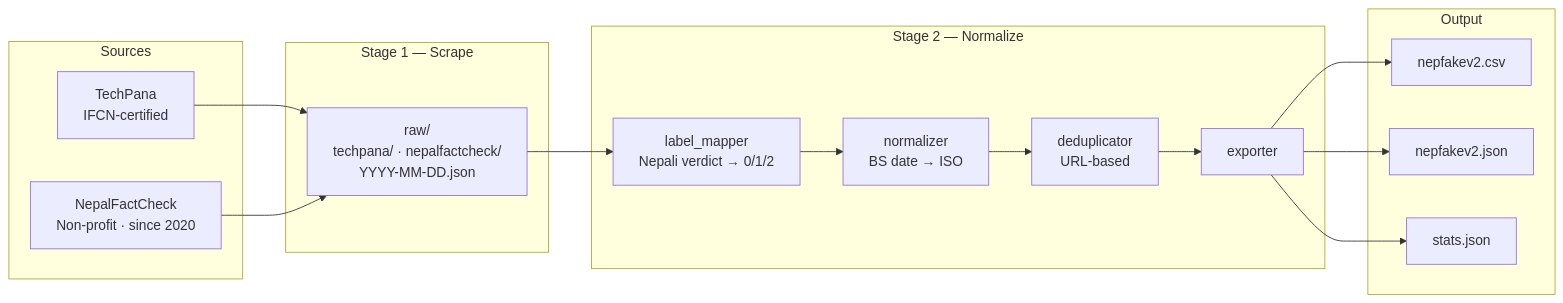
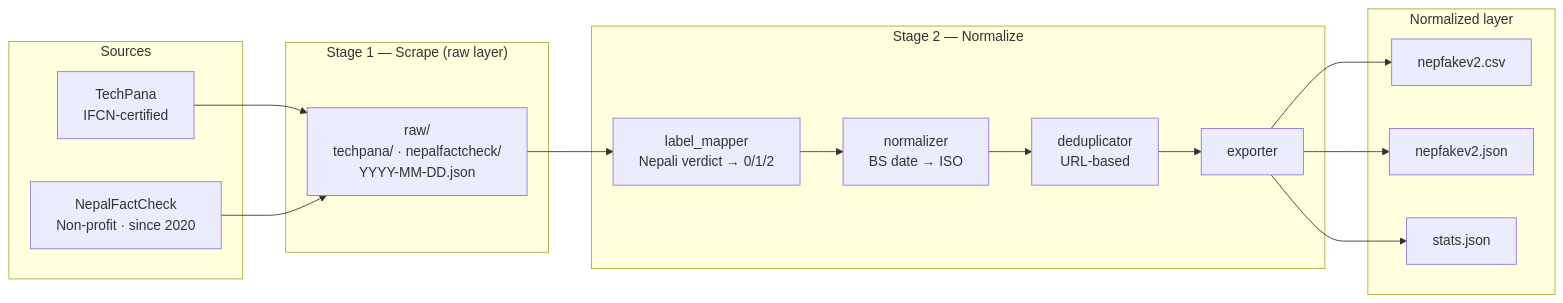
The diagram in README.md (Nandansingh007/NepFakeV2), drawn with Mermaid before and after one commit. The commit also changed other lines of this file, not shown here.

````diff
--- a/README.md
+++ b/README.md
@@ -82,31 +110,31 @@
 ```mermaid
 flowchart LR
     subgraph SRC["Sources"]
         T["TechPana\nIFCN-certified"]
         N["NepalFactCheck\nNon-profit · since 2020"]
     end
 
-    subgraph S1["Stage 1 — Scrape"]
+    subgraph S1["Stage 1 — Scrape (raw layer)"]
         RAW["raw/\ntechpana/ · nepalfactcheck/\nYYYY-MM-DD.json"]
     end
 
     subgraph S2["Stage 2 — Normalize"]
         LM["label_mapper\nNepali verdict → 0/1/2"]
         NR["normalizer\nBS date → ISO"]
         DD["deduplicator\nURL-based"]
         EX["exporter"]
     end
 
-    subgraph OUT["Output"]
+    subgraph OUT["Normalized layer"]
         CSV["nepfakev2.csv"]
         JSON["nepfakev2.json"]
         ST["stats.json"]
     end
 
     T --> RAW
     N --> RAW
     RAW --> LM --> NR --> DD --> EX
     EX --> CSV
     EX --> JSON
     EX --> ST
 ```
````
